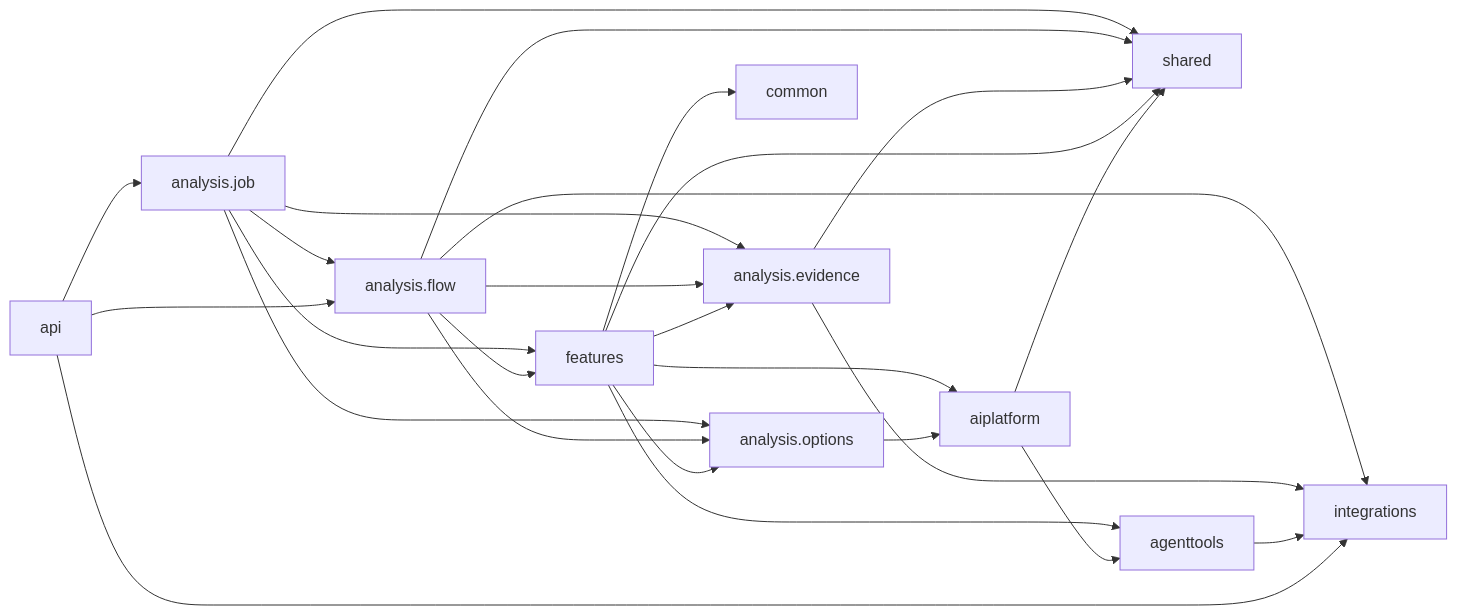
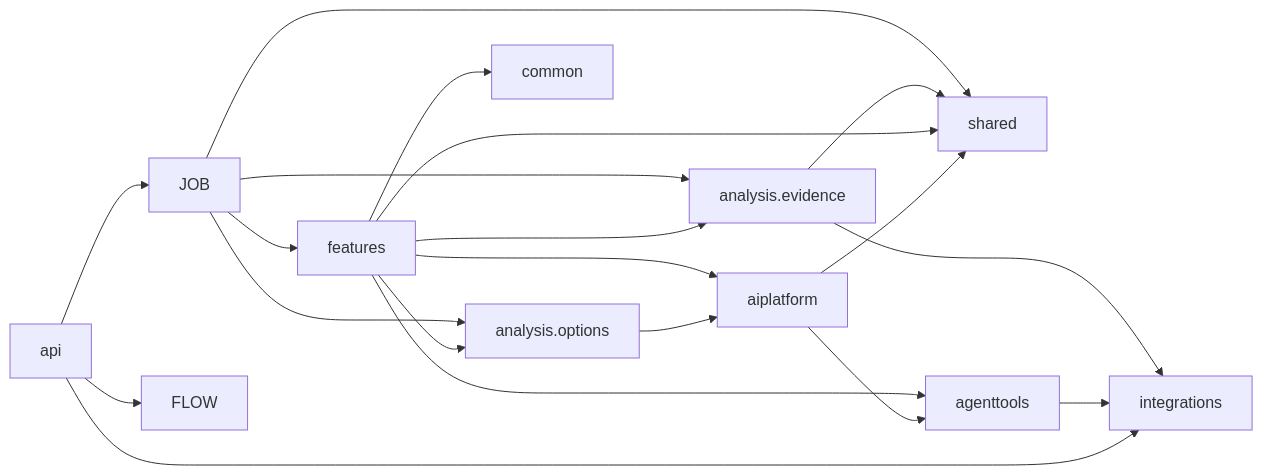
Before and after one commit to herald-assistant/incident-tracker: the second of 2 diagrams in docs/architecture/05-package-dependencies.md, drawn with Mermaid. The commit also changed other lines of this file and 25 other files, not shown here.

Commit message:
Move incident flow to feature

````diff
--- a/docs/architecture/05-package-dependencies.md
+++ b/docs/architecture/05-package-dependencies.md
@@ -141,35 +143,28 @@
 ```mermaid
 flowchart LR
-    JOB["analysis.job"] --> FLOW["analysis.flow"]
     JOB --> FEATURES["features"]
     JOB --> EVIDENCE["analysis.evidence"]
     JOB --> OPTIONS["analysis.options"]
     JOB --> SHARED["shared"]
-
-    FLOW --> EVIDENCE
-    FLOW --> FEATURES
-    FLOW --> OPTIONS
-    FLOW --> INTEGRATIONS["integrations"]
-    FLOW --> SHARED
 
     EVIDENCE --> INTEGRATIONS["integrations"]
     EVIDENCE --> SHARED
 
     FEATURES --> AIPLATFORM["aiplatform"]
     FEATURES --> AGENTTOOLS["agenttools"]
     FEATURES --> EVIDENCE
     FEATURES --> OPTIONS
     FEATURES --> COMMON["common"]
     FEATURES --> SHARED
 
     OPTIONS --> AIPLATFORM["aiplatform"]
 
     AIPLATFORM --> AGENTTOOLS
     AIPLATFORM --> SHARED
 
     AGENTTOOLS --> INTEGRATIONS
 
     API["api"] --> INTEGRATIONS
     API --> FLOW
     API --> JOB
 ```
````
